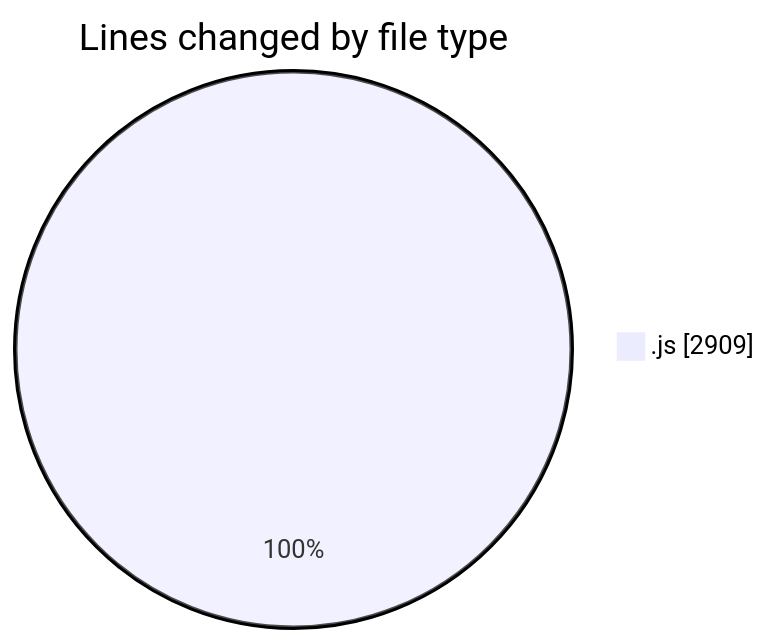
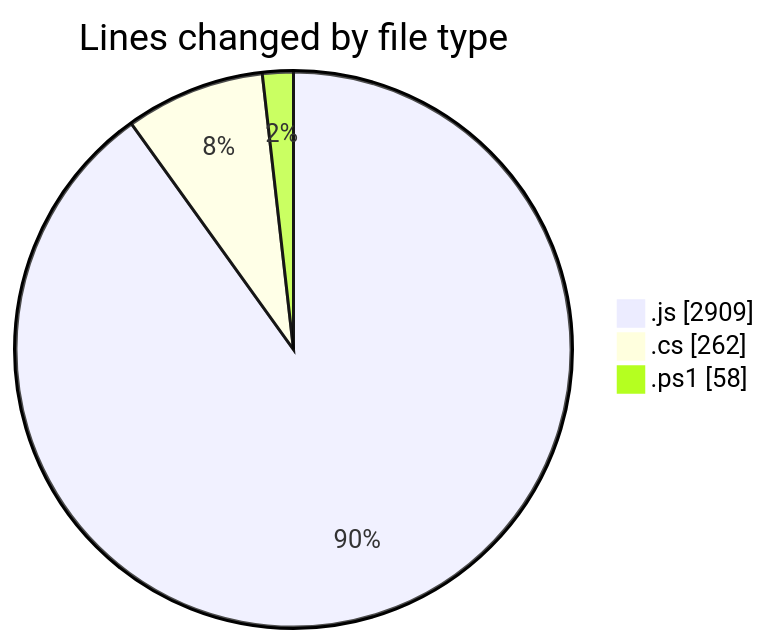
One commit to becaeroporto-bot/code-tracking changed the first of 2 diagrams in 2026-02-17/bot_v1_2/README.md. Above: the diagram before and after it, drawn with Mermaid. The commit also changed other lines of this file and 1 other file, not shown here.

````diff
--- a/2026-02-17/bot_v1_2/README.md
+++ b/2026-02-17/bot_v1_2/README.md
@@ -23,5 +25,7 @@
 ```mermaid
 pie showData
 title Lines changed by file type
 ".js" : 2909
+".cs" : 262
+".ps1" : 58
 ```
````
